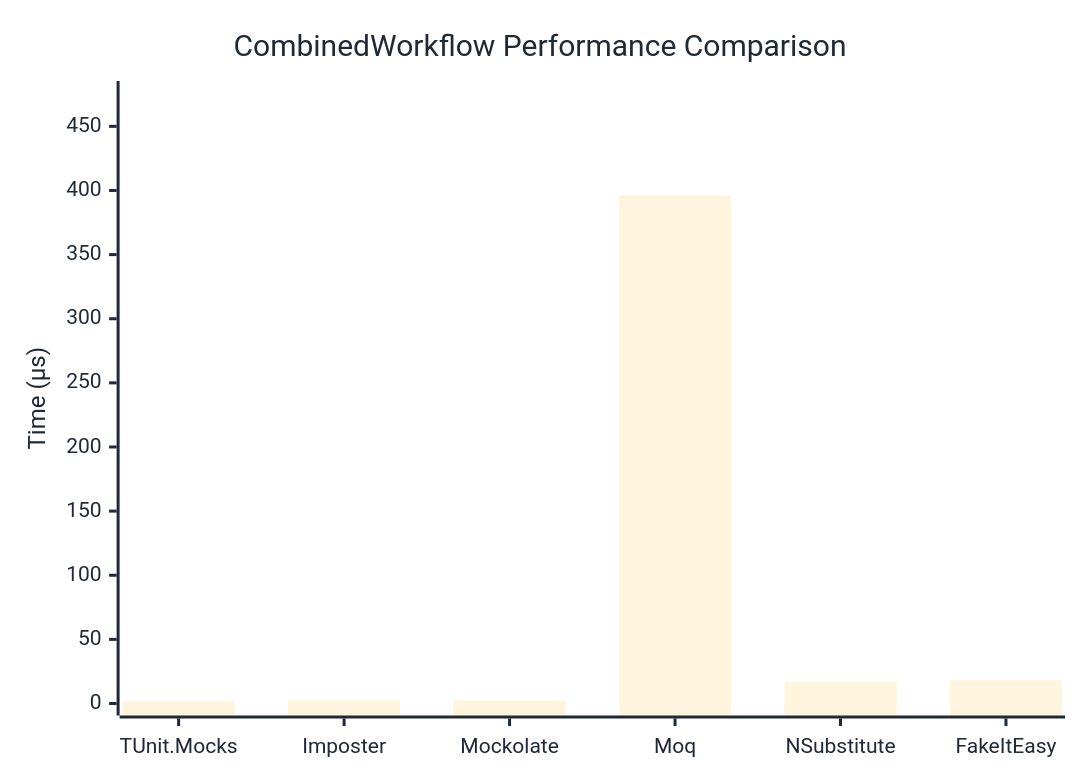
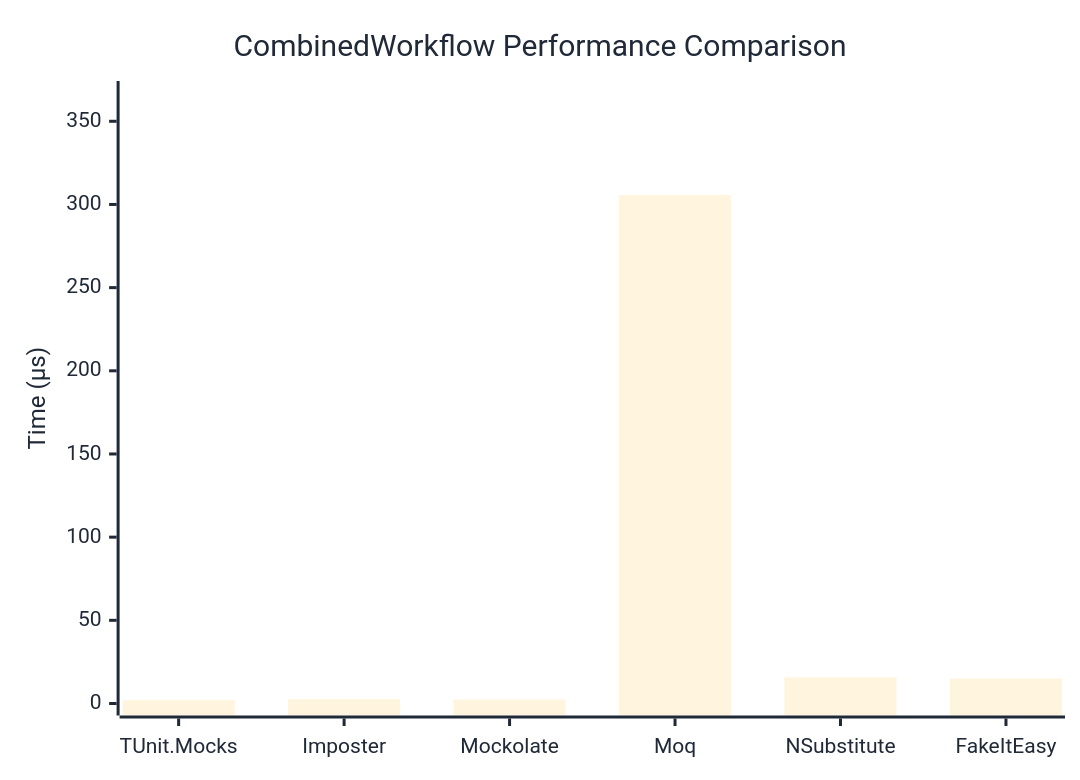
The diagram in docs/docs/benchmarks/mocks/CombinedWorkflow.md (thomhurst/TUnit), drawn with Mermaid before and after one commit. The commit also changed other lines of this file and 14 other files, not shown here.

````diff
--- a/docs/docs/benchmarks/mocks/CombinedWorkflow.md
+++ b/docs/docs/benchmarks/mocks/CombinedWorkflow.md
@@ -28,27 +28,27 @@
 ```mermaid
 %%{init: {
   'theme':'base',
   'themeVariables': {
     'primaryColor': '#2563eb',
     'primaryTextColor': '#1f2937',
     'primaryBorderColor': '#1e40af',
     'lineColor': '#6b7280',
     'secondaryColor': '#7c3aed',
     'tertiaryColor': '#dc2626',
     'background': '#ffffff',
     'pie1': '#2563eb',
     'pie2': '#7c3aed',
     'pie3': '#dc2626',
     'pie4': '#f59e0b',
     'pie5': '#10b981',
     'pie6': '#06b6d4',
     'pie7': '#ec4899',
     'pie8': '#6366f1'
   }
 }}%%
 xychart-beta
   title "CombinedWorkflow Performance Comparison"
   x-axis ["TUnit.Mocks", "Imposter", "Mockolate", "Moq", "NSubstitute", "FakeItEasy"]
-  y-axis "Time (μs)" 0 --> 476
-  bar [1.895, 2.532, 2.364, 396.031, 16.892, 18.121]
+  y-axis "Time (μs)" 0 --> 367
+  bar [1.968, 2.582, 2.388, 305.602, 15.728, 15.013]
 ```
````
